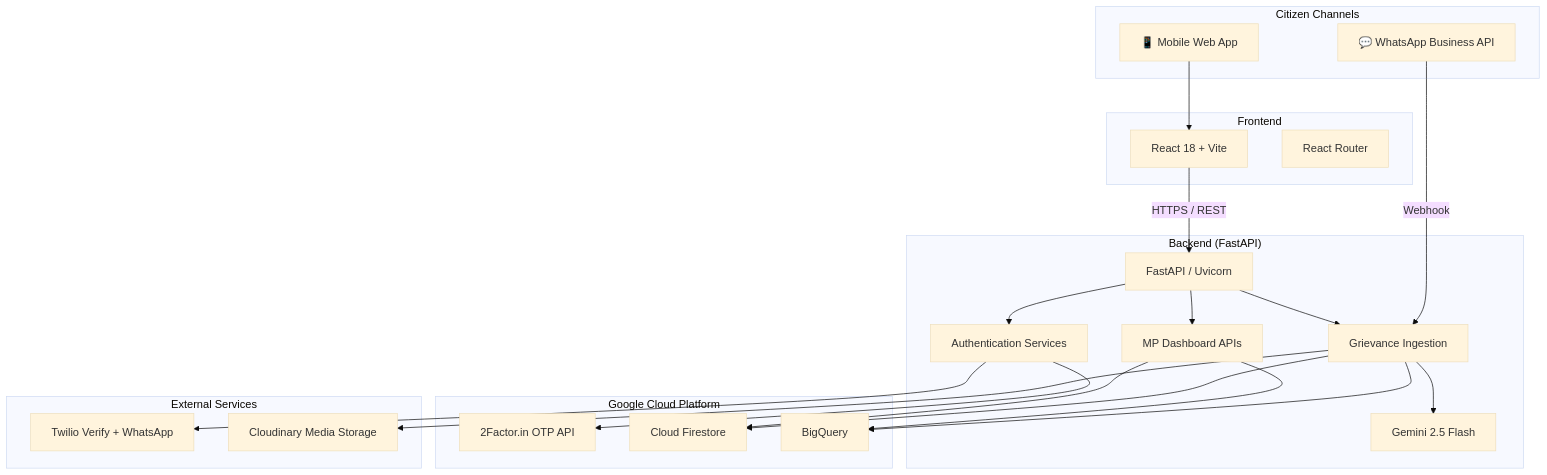
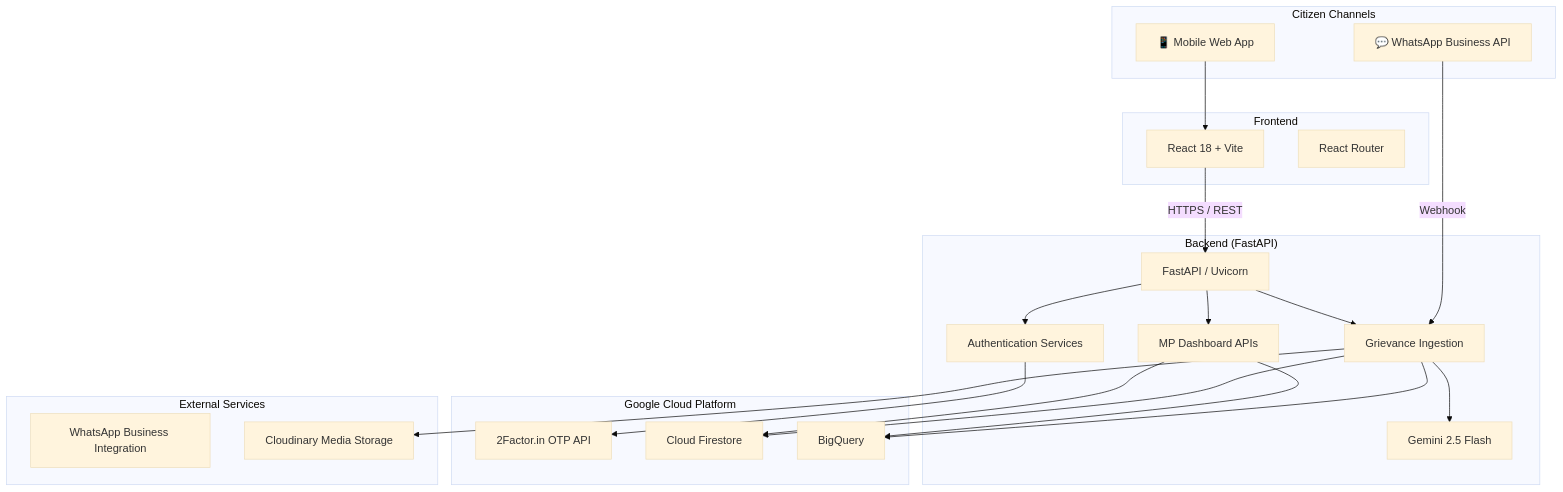
One commit to Harshit-Awasthi-05/Jan-Awaaz-AI changed the first of 6 diagrams in README.md. Above: the diagram before and after it, drawn with Mermaid (base theme). The commit also changed other lines of this file, not shown here.

````diff
--- a/README.md
+++ b/README.md
@@ -75,50 +73,49 @@
 ``` mermaid
 graph TD
     subgraph "Citizen Channels"
         App["📱 Mobile Web App"]
         WA["💬 WhatsApp Business API"]
     end
 
     subgraph "Frontend"
         React["React 18 + Vite"]
         Router["React Router"]
     end
 
     subgraph "Backend (FastAPI)"
         API["FastAPI / Uvicorn"]
         AuthAPI["Authentication Services"]
         Ingestion["Grievance Ingestion"]
         MPAPI["MP Dashboard APIs"]
         AI["Gemini 2.5 Flash"]
     end
 
     subgraph "Google Cloud Platform"
         TwoFactor["2Factor.in OTP API"]
         Firestore["Cloud Firestore"]
         BQ["BigQuery"]
     end
 
     subgraph "External Services"
-        Twilio["Twilio Verify + WhatsApp"]
+        WhatsApp["WhatsApp Business Integration"]
         Cloudinary["Cloudinary Media Storage"]
     end
 
     App --> React
     React -->|HTTPS / REST| API
     WA -->|Webhook| Ingestion
 
     API --> AuthAPI
     API --> Ingestion
     API --> MPAPI
 
     AuthAPI --> TwoFactor
-    AuthAPI --> Twilio
-
+    
     Ingestion --> AI
     Ingestion --> Firestore
     Ingestion --> BQ
     Ingestion --> Cloudinary
 
     MPAPI --> Firestore
     MPAPI --> BQ
 ```
````
